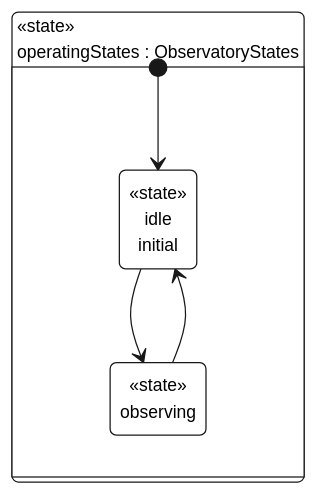
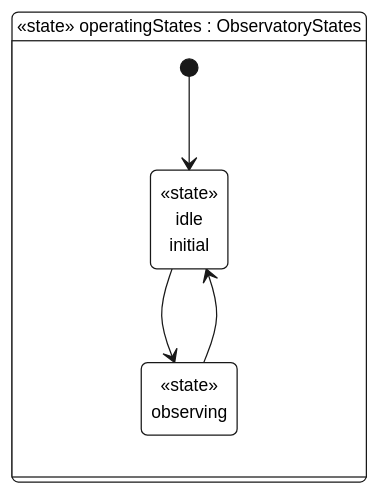
One commit to Open-MBEE/OpenSysML changed the second of 2 diagrams in internal/doc/docrender/testdata/telescope_report.golden.md. Above: the diagram before and after it, drawn with Mermaid. The commit also changed other lines of this file and 37 other files, not shown here.

Commit message:
fix(view): join Mermaid container title first lines

````diff
--- a/internal/doc/docrender/testdata/telescope_report.golden.md
+++ b/internal/doc/docrender/testdata/telescope_report.golden.md
@@ -132,42 +126,42 @@
 ```mermaid
 ---
 config:
   fontFamily: "Helvetica, Arial, sans-serif"
   theme: base
   themeVariables:
     fontFamily: "Helvetica, Arial, sans-serif"
     fontSize: "14px"
     primaryColor: "#FFFFFF"
     secondaryColor: "#FFFFFF"
     tertiaryColor: "#FFFFFF"
     background: "#FFFFFF"
     primaryBorderColor: "#181818"
     primaryTextColor: "#000000"
     lineColor: "#181818"
     textColor: "#000000"
     noteBkgColor: "#FEFFDD"
     noteBorderColor: "#181818"
     noteTextColor: "#000000"
     stateBkg: "#FFFFFF"
     stateBorder: "#181818"
     stateLabelColor: "#000000"
     compositeBackground: "#FFFFFF"
     compositeBorder: "#181818"
     compositeTitleBackground: "#FFFFFF"
     compositeTitleBorder: "#181818"
     transitionColor: "#181818"
     transitionLabelColor: "#000000"
     labelBackgroundColor: "#FFFFFF"
     specialStateColor: "#181818"
 ---
 %% state rendering (the diagram states kind "state")
 stateDiagram-v2
   direction LR
-  state "«state»<br>operatingStates : ObservatoryStates" as n0 {
+  state "«state» operatingStates : ObservatoryStates" as n0 {
     state "«state»<br>idle<br>initial" as n1
     state "«state»<br>observing" as n2
     [*] --> n1
   }
   n1 --> n2
   n2 --> n1
 ```
````
